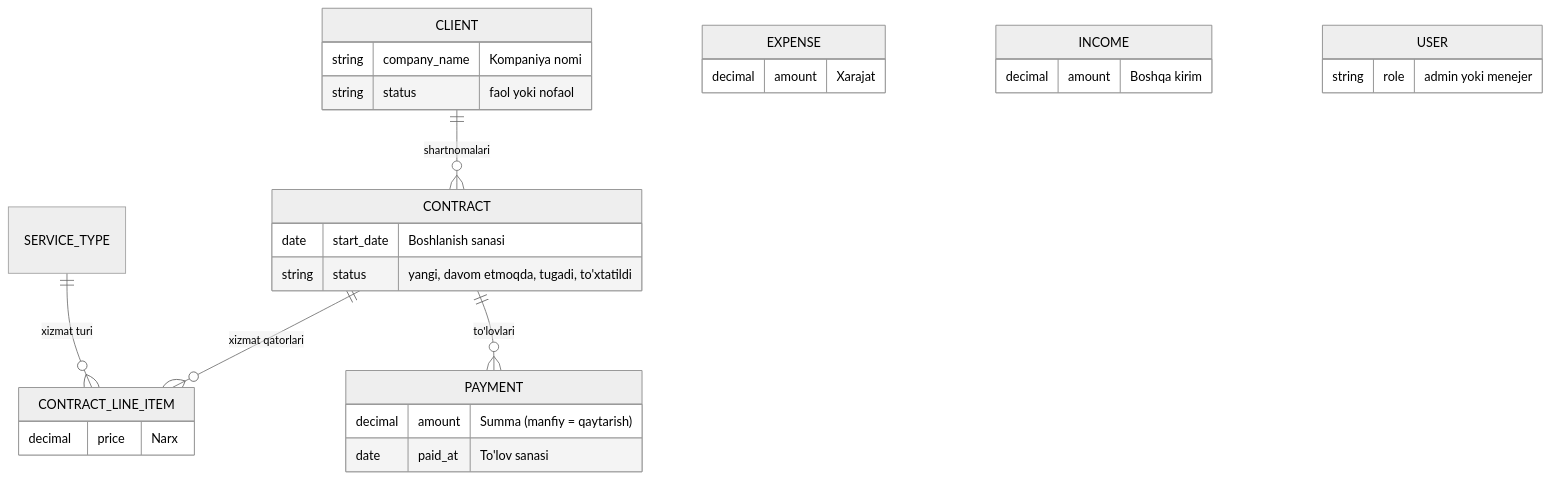
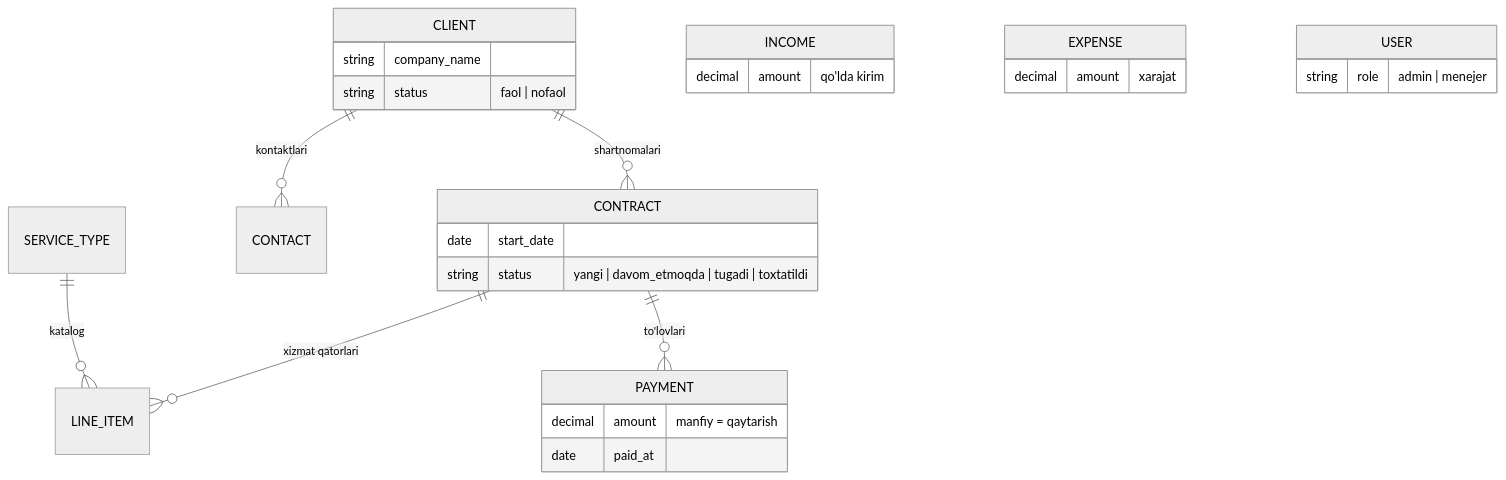
One commit to SunnatDevPy/Finance_kpi changed the diagram in README.md. Above: the diagram before and after it, drawn with Mermaid (neutral theme). The commit also changed other lines of this file and 7 other files, not shown here.

````diff
--- a/README.md
+++ b/README.md
@@ -242,26 +120,30 @@
 ```mermaid
 erDiagram
     CLIENT ||--o{ CONTRACT : "shartnomalari"
-    CONTRACT ||--o{ CONTRACT_LINE_ITEM : "xizmat qatorlari"
+    CLIENT ||--o{ CONTACT : "kontaktlari"
+    CONTRACT ||--o{ LINE_ITEM : "xizmat qatorlari"
     CONTRACT ||--o{ PAYMENT : "to'lovlari"
-    SERVICE_TYPE ||--o{ CONTRACT_LINE_ITEM : "xizmat turi"
+    SERVICE_TYPE ||--o{ LINE_ITEM : "katalog"
 
     CLIENT {
-        string company_name "Kompaniya nomi"
-        string status "faol yoki nofaol"
+        string company_name
+        string status "faol | nofaol"
     }
     CONTRACT {
-        date start_date "Boshlanish sanasi"
-        string status "yangi, davom etmoqda, tugadi, to'xtatildi"
-    }
-    CONTRACT_LINE_ITEM {
-        decimal price "Narx"
+        date start_date
+        string status "yangi | davom_etmoqda | tugadi | toxtatildi"
     }
     PAYMENT {
-        decimal amount "Summa (manfiy = qaytarish)"
-        date paid_at "To'lov sanasi"
+        decimal amount "manfiy = qaytarish"
+        date paid_at
     }
-    EXPENSE { decimal amount "Xarajat" }
-    INCOME { decimal amount "Boshqa kirim" }
-    USER { string role "admin yoki menejer" }
+    INCOME {
+        decimal amount "qo'lda kirim"
+    }
+    EXPENSE {
+        decimal amount "xarajat"
+    }
+    USER {
+        string role "admin | menejer"
+    }
 ```
````
